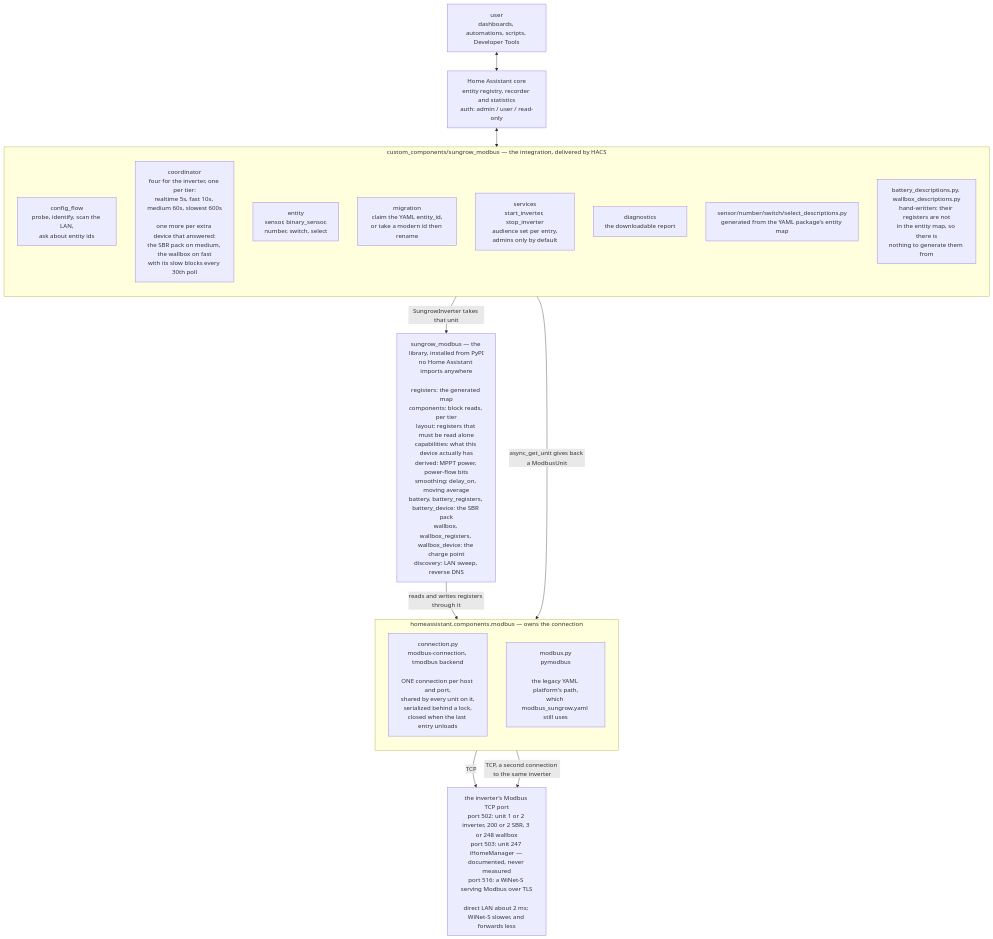
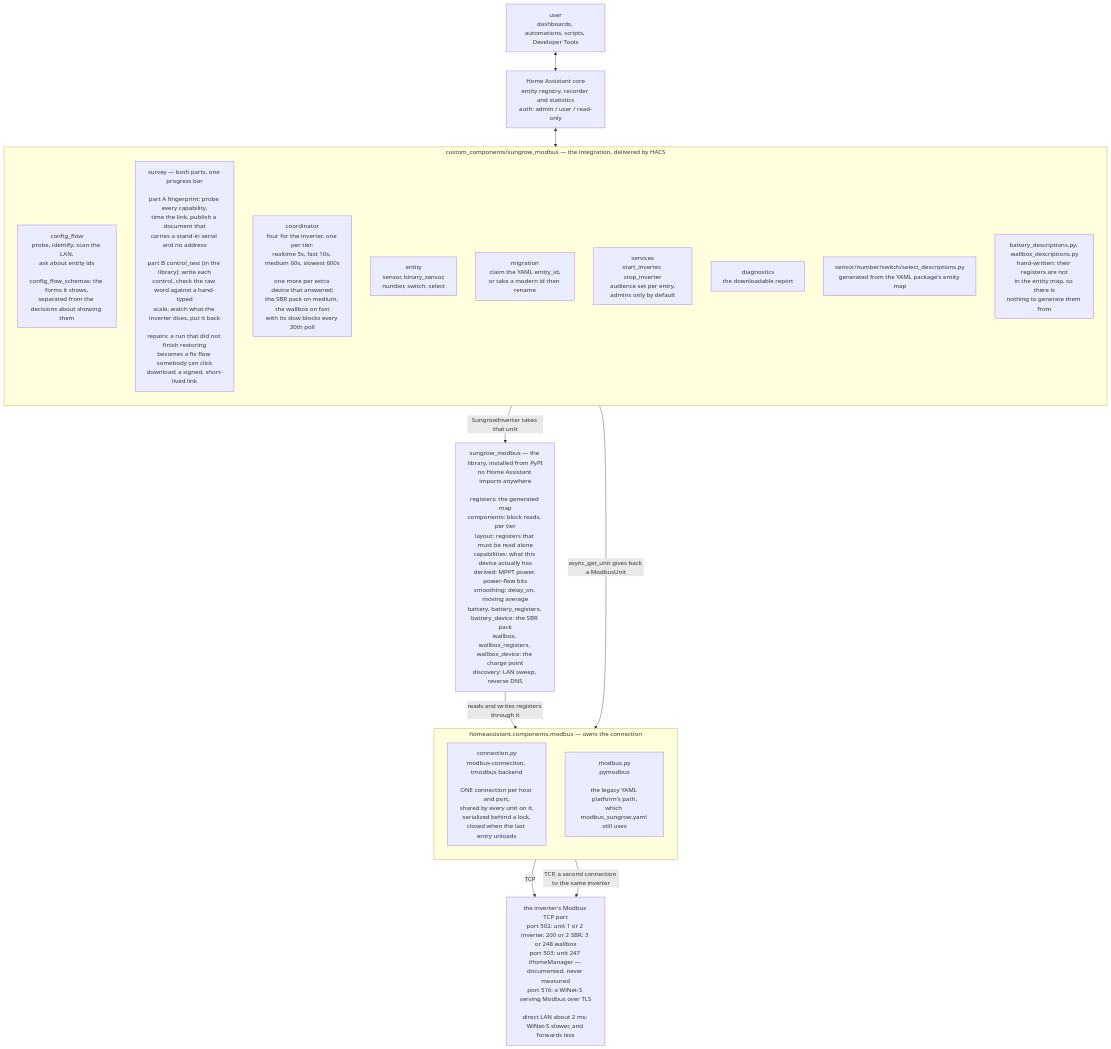
Before and after one commit to mkaiser/Sungrow-SHx-Inverter-Modbus-Home-Assistant: the first of 2 diagrams in doc/architecture.md, drawn with Mermaid. The commit also changed other lines of this file and 87 other files, not shown here.

````diff
--- a/doc/architecture.md
+++ b/doc/architecture.md
@@ -14,35 +14,36 @@
 ```mermaid
 flowchart TD
     user["user<br/>dashboards, automations, scripts, Developer Tools"]
     core["Home Assistant core<br/>entity registry, recorder and statistics<br/>auth: admin / user / read-only"]
 
     subgraph integration["custom_components/sungrow_modbus &mdash; the integration, delivered by HACS"]
         direction TB
-        flow["config_flow<br/>probe, identify, scan the LAN,<br/>ask about entity ids"]
+        flow["config_flow<br/>probe, identify, scan the LAN,<br/>ask about entity ids<br/><br/>config_flow_schemas: the forms it shows,<br/>separated from the decisions about showing them"]
+        survey["survey &mdash; both parts, one progress bar<br/><br/>part A fingerprint: probe every capability,<br/>time the link, publish a document that<br/>carries a stand-in serial and no address<br/><br/>part B control_test (in the library): write each<br/>control, check the raw word against a hand-typed<br/>scale, watch what the inverter does, put it back<br/><br/>repairs: a run that did not finish restoring<br/>becomes a fix flow somebody can click<br/>download: a signed, short-lived link"]
         coord["coordinator<br/>four for the inverter, one per tier:<br/>realtime 5s, fast 10s, medium 60s, slowest 600s<br/><br/>one more per extra device that answered:<br/>the SBR pack on medium, the wallbox on fast<br/>with its slow blocks every 30th poll"]
         ent["entity<br/>sensor, binary_sensor,<br/>number, switch, select"]
         mig["migration<br/>claim the YAML entity_id,<br/>or take a modern id then rename"]
         svc["services<br/>start_inverter, stop_inverter<br/>audience set per entry,<br/>admins only by default"]
         diag["diagnostics<br/>the downloadable report"]
         gen["sensor/number/switch/select_descriptions.py<br/>generated from the YAML package's entity map"]
         hand["battery_descriptions.py, wallbox_descriptions.py<br/>hand-written: their registers are not<br/>in the entity map, so there is<br/>nothing to generate them from"]
     end
 
     lib["sungrow_modbus &mdash; the library, installed from PyPI<br/>no Home Assistant imports anywhere<br/><br/>registers: the generated map<br/>components: block reads, per tier<br/>layout: registers that must be read alone<br/>capabilities: what this device actually has<br/>derived: MPPT power, power-flow bits<br/>smoothing: delay_on, moving average<br/>battery, battery_registers, battery_device: the SBR pack<br/>wallbox, wallbox_registers, wallbox_device: the charge point<br/>discovery: LAN sweep, reverse DNS"]
 
     subgraph modbus["homeassistant.components.modbus &mdash; owns the connection"]
         direction TB
         newpath["connection.py<br/>modbus-connection, tmodbus backend<br/><br/>ONE connection per host and port,<br/>shared by every unit on it,<br/>serialized behind a lock,<br/>closed when the last entry unloads"]
         oldpath["modbus.py<br/>pymodbus<br/><br/>the legacy YAML platform's path,<br/>which modbus_sungrow.yaml still uses"]
     end
 
     device["the inverter's Modbus TCP port<br/>port 502: unit 1 or 2 inverter, 200 or 2 SBR, 3 or 248 wallbox<br/>port 503: unit 247 iHomeManager &mdash; documented, never measured<br/>port 516: a WiNet-S serving Modbus over TLS<br/><br/>direct LAN about 2 ms; WiNet-S slower, and forwards less"]
 
     user <--> core
     core <--> integration
     integration -- "async_get_unit gives back a ModbusUnit" --> newpath
     integration -- "SungrowInverter takes that unit" --> lib
     lib -- "reads and writes registers through it" --> newpath
     newpath -- "TCP" --> device
     oldpath -- "TCP, a second connection to the same inverter" --> device
 ```
````
